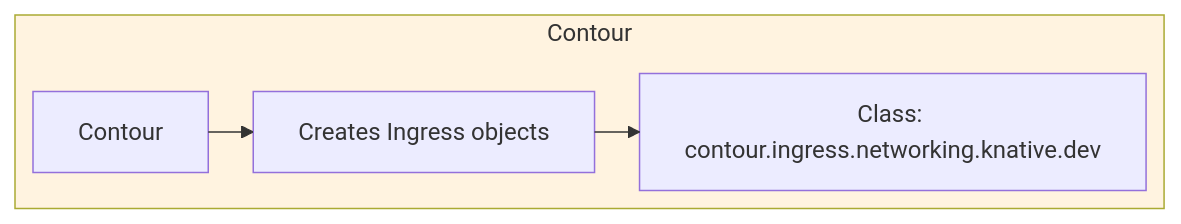
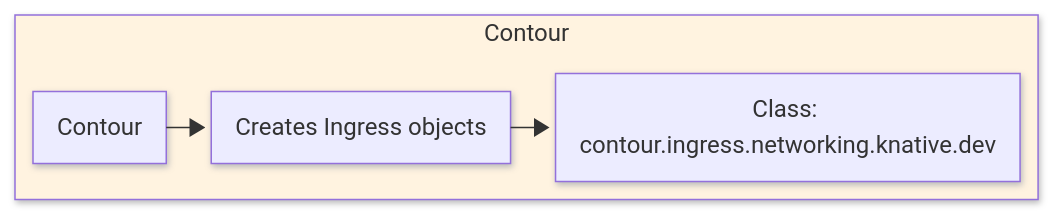
Before and after one commit to knative/docs: the second of 4 diagrams in docs/versioned/serving/config-network-adapters.md, drawn with Mermaid. The commit also changed other lines of this file, not shown here.

````diff
--- a/docs/versioned/serving/config-network-adapters.md
+++ b/docs/versioned/serving/config-network-adapters.md
@@ -58,13 +59,14 @@
     ```mermaid
     ---
     config:
       theme: default
       layout: elk
+      look: neo
     ---
     flowchart LR
     subgraph Contour
           C1[Contour] --> C2[Creates Ingress objects]
           C2 --> C3[Class: contour.ingress.networking.knative.dev]
     end
     style Contour fill:#fff3e0
     ```
````
